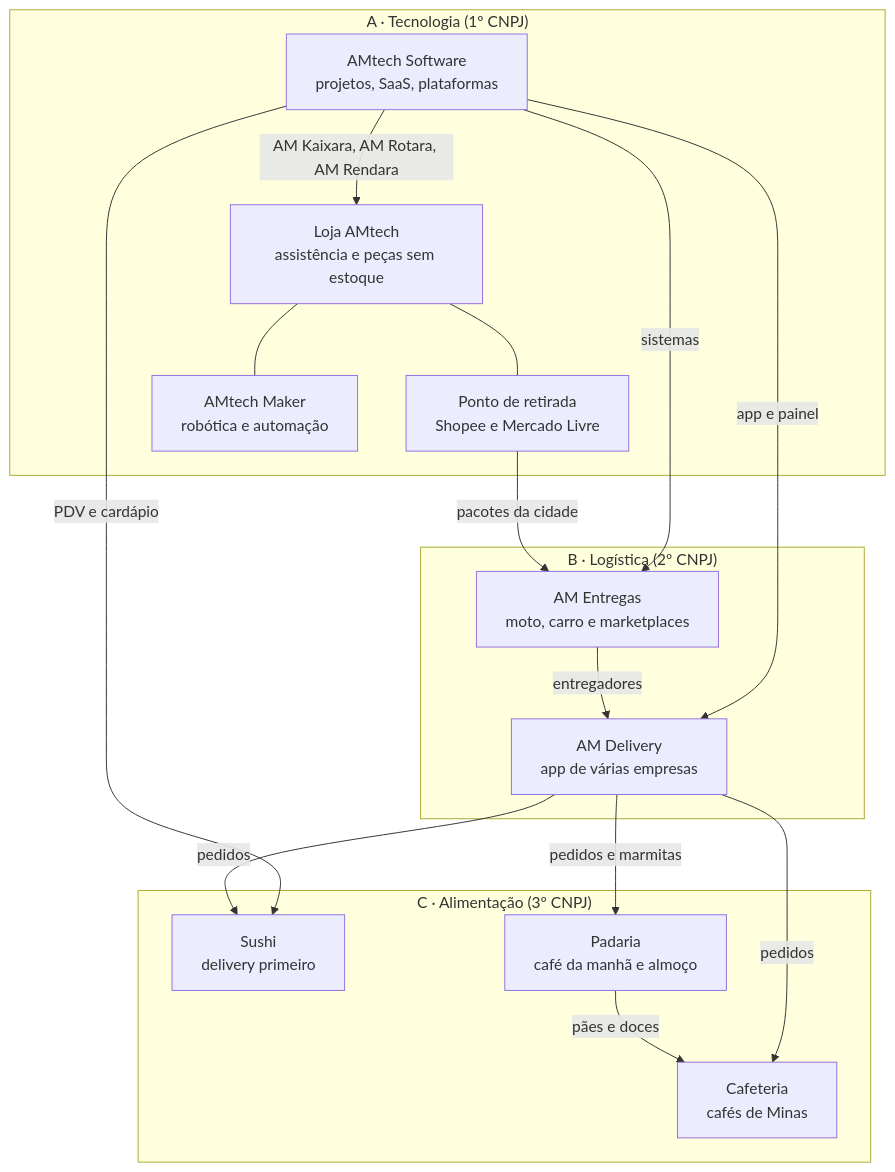
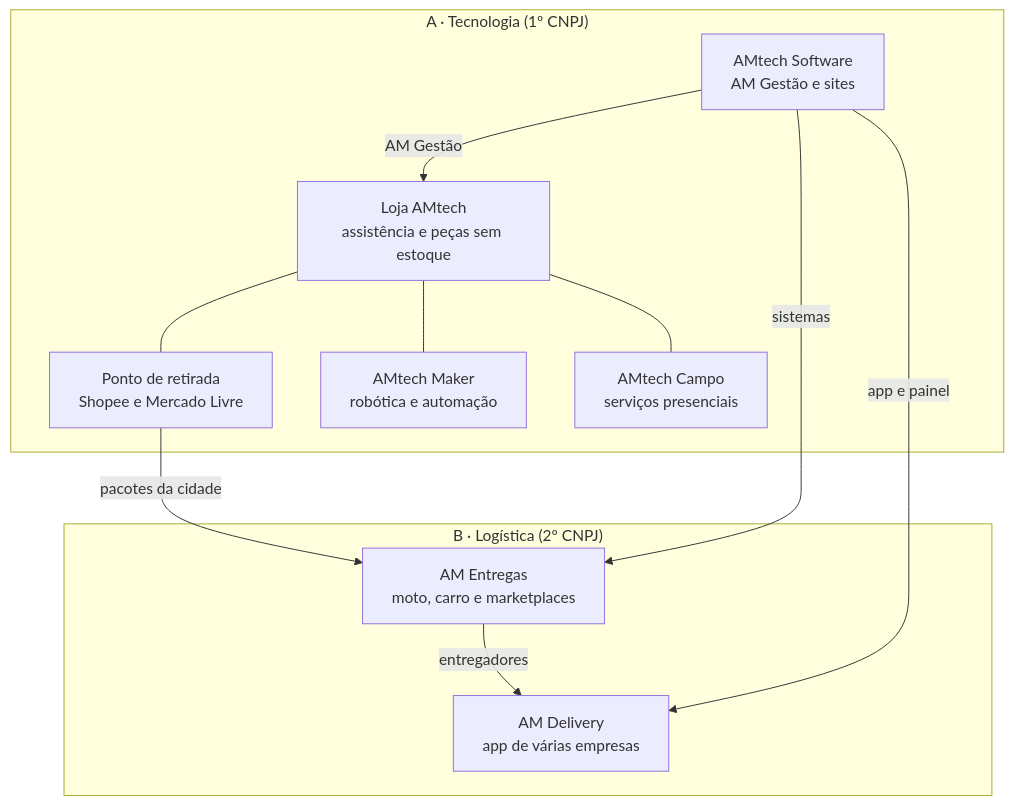
Before and after one commit to AlanMateus17/dev-setup: the diagram in docs/negocios/README.md, drawn with Mermaid. The commit also changed other lines of this file and 50 other files, not shown here.

````diff
--- a/docs/negocios/README.md
+++ b/docs/negocios/README.md
@@ -11,30 +11,22 @@
 ```mermaid
 flowchart TB
   subgraph A["A · Tecnologia (1º CNPJ)"]
-    SW["AMtech Software<br/>projetos, SaaS, plataformas"]
+    SW["AMtech Software<br/>AM Gestão e sites"]
     LJ["Loja AMtech<br/>assistência e peças sem estoque"]
     PR["Ponto de retirada<br/>Shopee e Mercado Livre"]
     MK["AMtech Maker<br/>robótica e automação"]
+    CP["AMtech Campo<br/>serviços presenciais"]
   end
   subgraph B["B · Logística (2º CNPJ)"]
     EN["AM Entregas<br/>moto, carro e marketplaces"]
     DL["AM Delivery<br/>app de várias empresas"]
   end
-  subgraph C["C · Alimentação (3º CNPJ)"]
-    SU["Sushi<br/>delivery primeiro"]
-    CF["Cafeteria<br/>cafés de Minas"]
-    PD["Padaria<br/>café da manhã e almoço"]
-  end
-  SW -->|"AM Kaixara, AM Rotara, AM Rendara"| LJ
+  SW -->|"AM Gestão"| LJ
   SW -->|"sistemas"| EN
   SW -->|"app e painel"| DL
-  SW -->|"PDV e cardápio"| SU
   LJ --- PR
   LJ --- MK
+  LJ --- CP
   PR -->|"pacotes da cidade"| EN
   EN -->|"entregadores"| DL
-  DL -->|"pedidos"| SU
-  DL -->|"pedidos"| CF
-  DL -->|"pedidos e marmitas"| PD
-  PD -->|"pães e doces"| CF
 ```
````
